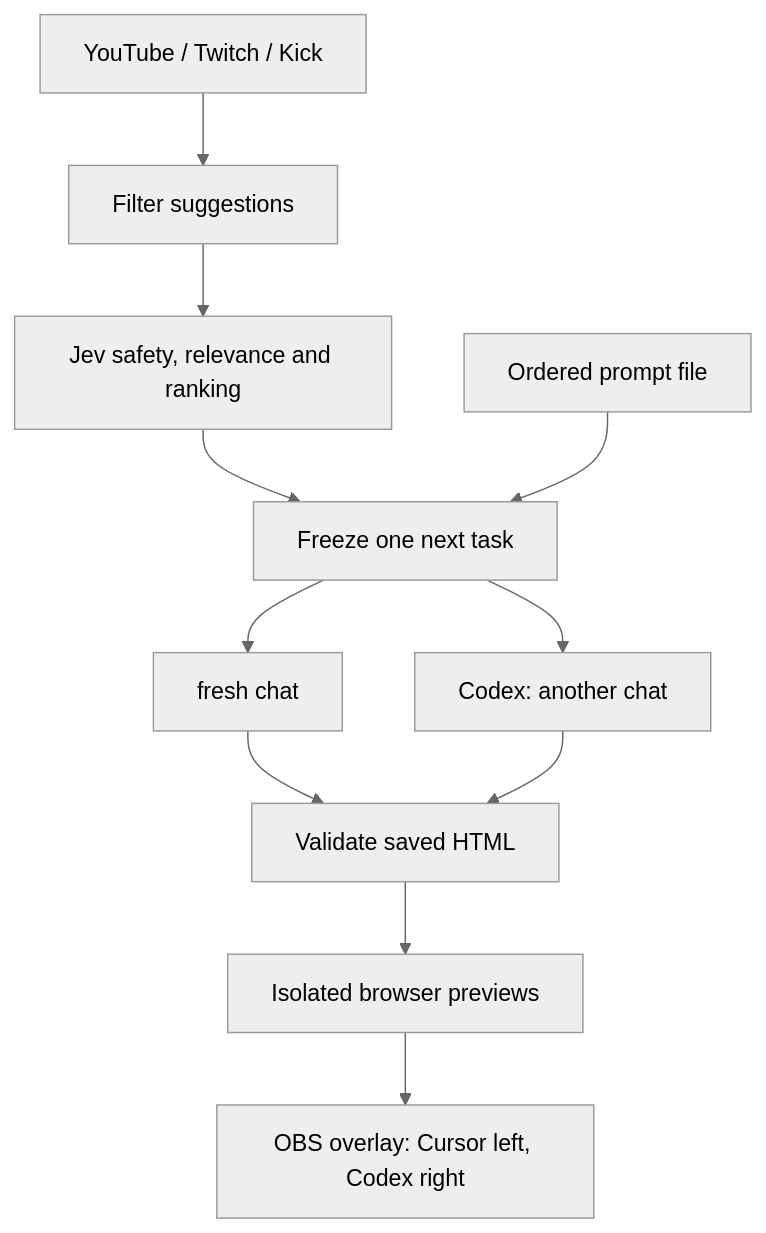
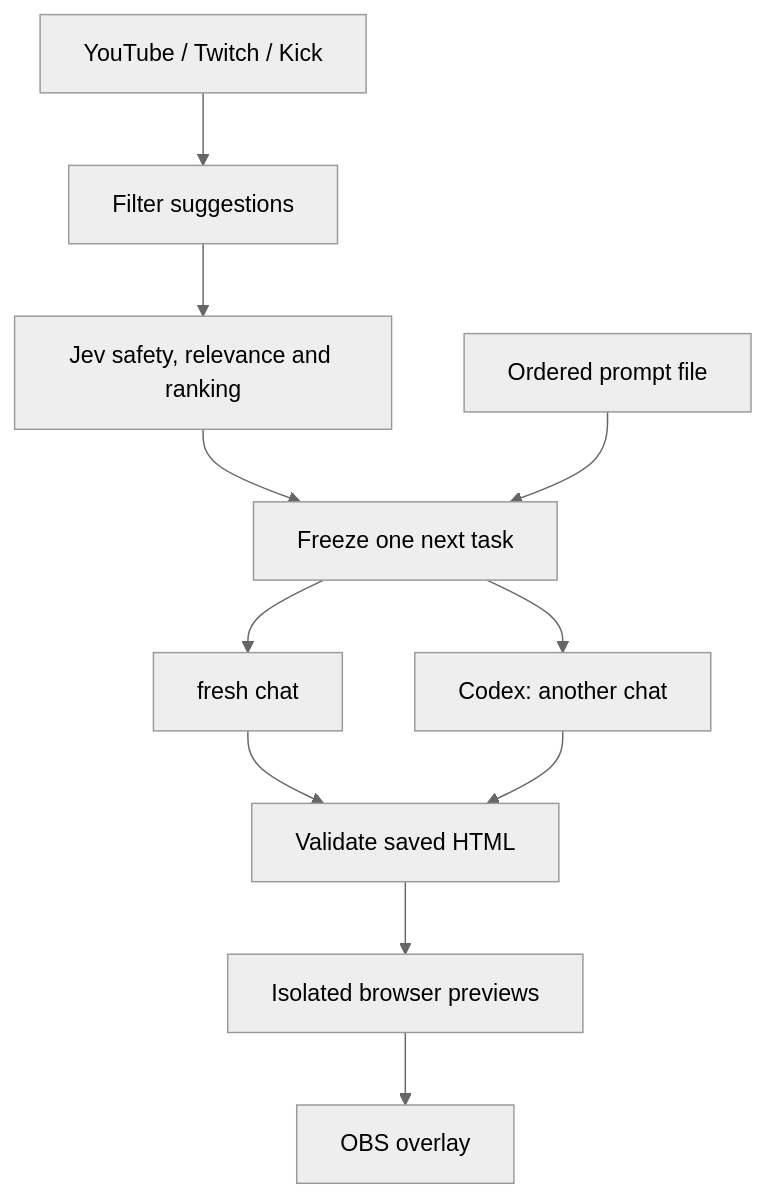
Before and after one commit to mayank-devac/Twitching: the first of 3 diagrams in README.md, drawn with Mermaid (neutral theme). The commit also changed other lines of this file and 5 other files, not shown here.

````diff
--- a/README.md
+++ b/README.md
@@ -99,13 +125,13 @@
 ```mermaid
 flowchart TD
     Chat[YouTube / Twitch / Kick] --> Filter[Filter suggestions]
     Filter --> Jev[Jev safety, relevance and ranking]
     Jev --> Task[Freeze one next task]
     File[Ordered prompt file] --> Task
     Task --> Cursor[ fresh chat]
     Task --> Codex[Codex: another chat]
     Cursor --> Validate[Validate saved HTML]
     Codex --> Validate
     Validate --> Preview[Isolated browser previews]
-    Preview --> OBS[OBS overlay: Cursor left, Codex right]
+    Preview --> OBS[OBS overlay]
 ```
````
